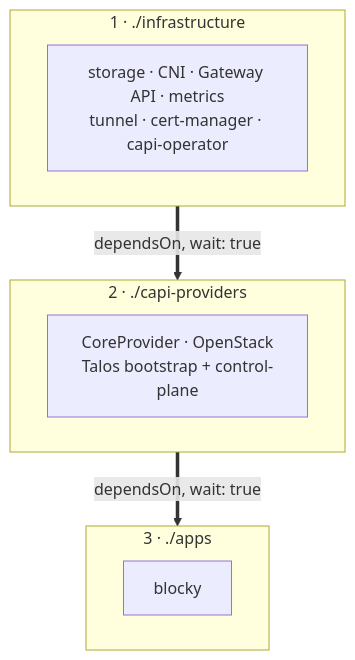
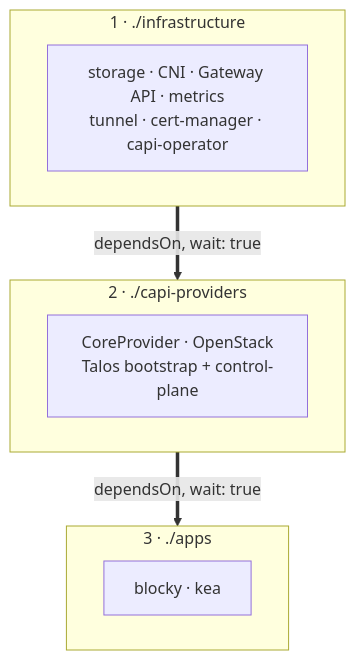
The second of 3 diagrams in README.md (rezachalak/homelab), drawn with Mermaid before and after one commit. The commit also changed other lines of this file and 6 other files, not shown here.

````diff
--- a/README.md
+++ b/README.md
@@ -38,15 +38,15 @@
 ```mermaid
 flowchart TD
     subgraph s1["1 · ./infrastructure"]
         i["storage · CNI · Gateway API · metrics<br/>tunnel · cert-manager · capi-operator"]
     end
     subgraph s2["2 · ./capi-providers"]
         p["CoreProvider · OpenStack<br/>Talos bootstrap + control-plane"]
     end
     subgraph s3["3 · ./apps"]
-        a["blocky"]
+        a["blocky · kea"]
     end
 
     s1 ==>|"dependsOn, wait: true"| s2
     s2 ==>|"dependsOn, wait: true"| s3
 ```
````
